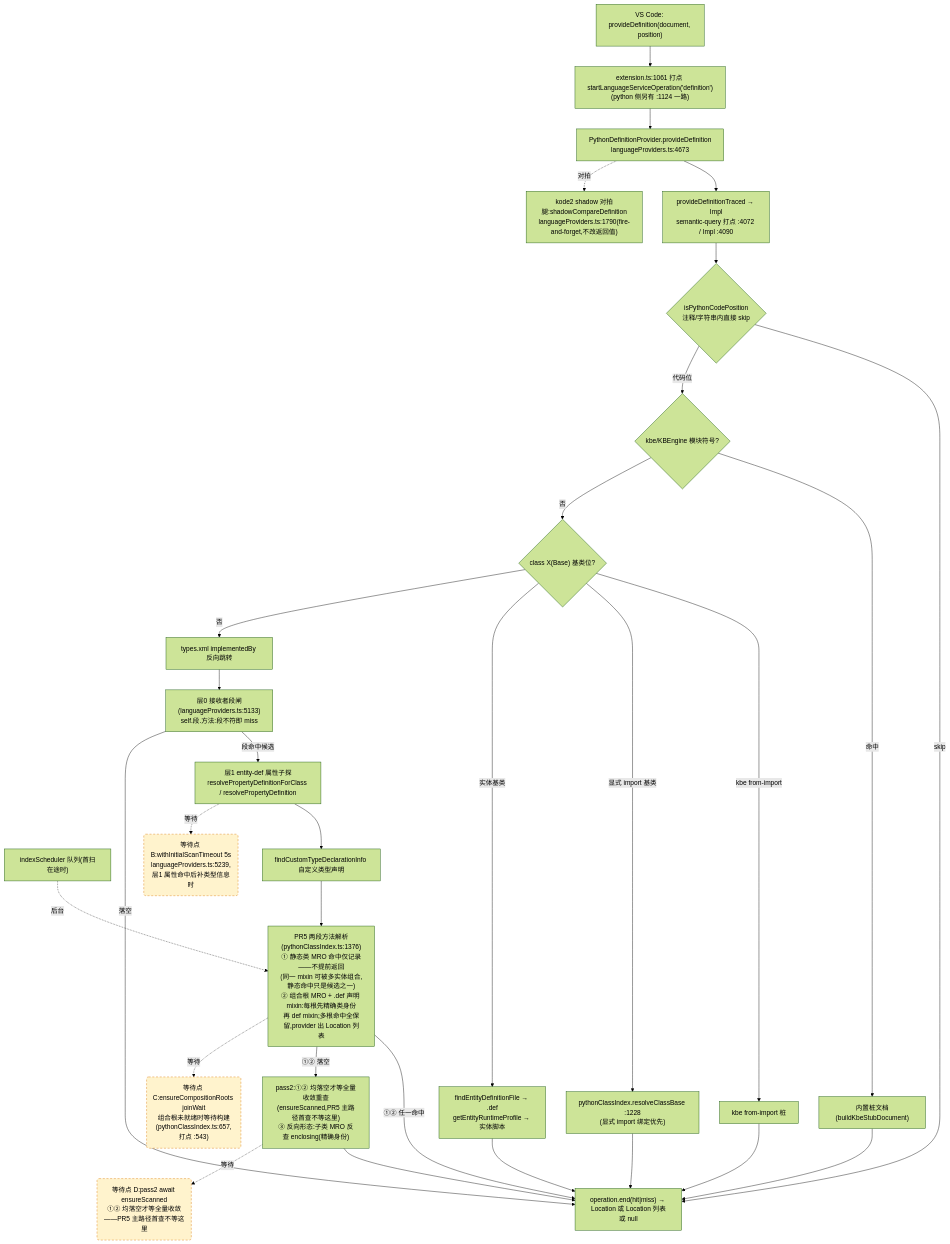
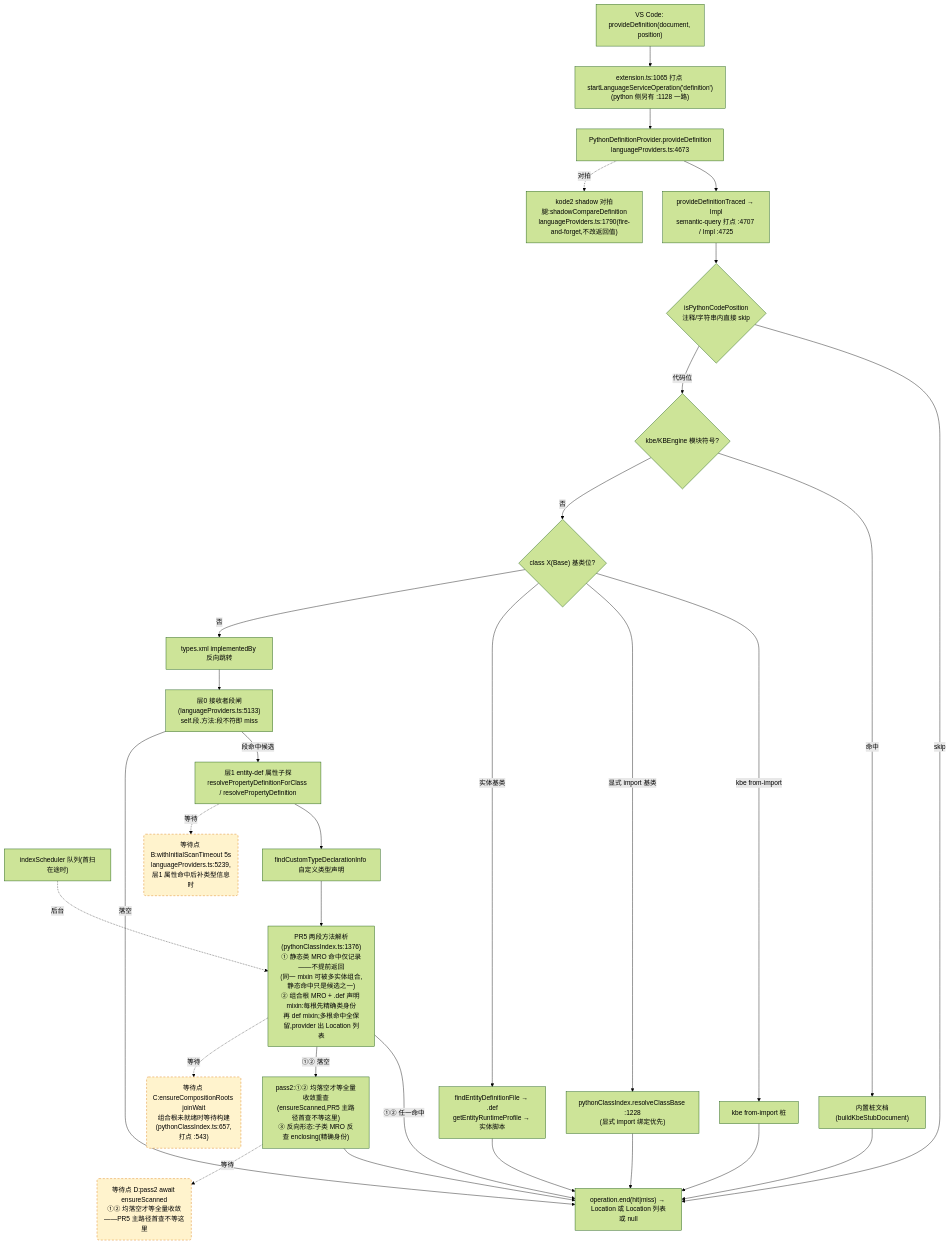
The second of 4 diagrams in docs/perf/2026-baseline.md (cuihairu/kode), drawn with Mermaid (forest theme) before and after one commit. The commit also changed other lines of this file and 3 other files, not shown here.

````diff
--- a/docs/perf/2026-baseline.md
+++ b/docs/perf/2026-baseline.md
@@ -130,51 +130,51 @@
 ```mermaid
 flowchart TD
   VC2["VS Code: provideDefinition(document, position)"]
-  M2["extension.ts:1061 打点 startLanguageServiceOperation('definition')<br/>(python 侧另有 :1124 一路)"]
+  M2["extension.ts:1065 打点 startLanguageServiceOperation('definition')<br/>(python 侧另有 :1128 一路)"]
   AD2["PythonDefinitionProvider.provideDefinition<br/>languageProviders.ts:4673"]
-  TR["provideDefinitionTraced → Impl<br/>semantic-query 打点 :4072 / Impl :4090"]
+  TR["provideDefinitionTraced → Impl<br/>semantic-query 打点 :4707 / Impl :4725"]
   CTX{"isPythonCodePosition<br/>注释/字符串内直接 skip"}
   KBE{"kbe/KBEngine 模块符号?"}
   STUB["内置桩文档(buildKbeStubDocument)"]
   CB{"class X(Base) 基类位?"}
   CB1["kbe from-import 桩"]
   CB2["pythonClassIndex.resolveClassBase :1228<br/>(显式 import 绑定优先)"]
   CB3["findEntityDefinitionFile → .def<br/>getEntityRuntimeProfile → 实体脚本"]
   REV["types.xml implementedBy 反向跳转"]
   L0["层0 接收者段闸(languageProviders.ts:5133)<br/>self.段.方法:段不符即 miss"]
   L1["层1 entity-def 属性子探<br/>resolvePropertyDefinitionForClass / resolvePropertyDefinition"]
   SCAN["indexScheduler 队列(首扫在途时)"]
   TY["findCustomTypeDeclarationInfo 自定义类型声明"]
   MRO["PR5 两段方法解析(pythonClassIndex.ts:1376)<br/>① 静态类 MRO 命中仅记录——不提前返回<br/>(同一 mixin 可被多实体组合,静态命中只是候选之一)<br/>② 组合根 MRO + .def 声明 mixin:每根先精确类身份<br/>再 def mixin;多根命中全保留,provider 出 Location 列表"]
   PASS2["pass2:①② 均落空才等全量收敛重查<br/>(ensureScanned,PR5 主路径首查不等这里)<br/>③ 反向形态:子类 MRO 反查 enclosing(精确身份)"]
   SHD["kode2 shadow 对拍腿:shadowCompareDefinition<br/>languageProviders.ts:1790(fire-and-forget,不改返回值)"]
   END2["operation.end(hit|miss) → Location 或 Location 列表或 null"]
 
   VC2 --> M2 --> AD2 --> TR --> CTX
   CTX -- "skip" --> END2
   CTX -- "代码位" --> KBE
   KBE -- "命中" --> STUB --> END2
   KBE -- "否" --> CB
   CB -- "kbe from-import" --> CB1 --> END2
   CB -- "显式 import 基类" --> CB2 --> END2
   CB -- "实体基类" --> CB3 --> END2
   CB -- "否" --> REV --> L0
   L0 -- "段命中候选" --> L1
   L0 -- "落空" --> END2
   L1 --> TY
   TY --> MRO
   MRO -- "①② 任一命中" --> END2
   MRO -- "①② 落空" --> PASS2 --> END2
   AD2 -.->|对拍| SHD
 
   WAITB("等待点 B:withInitialScanTimeout 5s<br/>languageProviders.ts:5239,层1 属性命中后补类型信息时")
   WAITC("等待点 C:ensureCompositionRoots joinWait<br/>组合根未就绪时等待构建(pythonClassIndex.ts:657,打点 :543)")
   WAITD("等待点 D:pass2 await ensureScanned<br/>①② 均落空才等全量收敛——PR5 主路径首查不等这里")
   L1 -.->|等待| WAITB
   MRO -.->|等待| WAITC
   PASS2 -.->|等待| WAITD
   SCAN -.->|后台| MRO
 
   classDef waitPoint fill:#fff3cd,stroke:#d97706,stroke-dasharray:5 4;
   class WAITB,WAITC,WAITD waitPoint;
 ```
````
